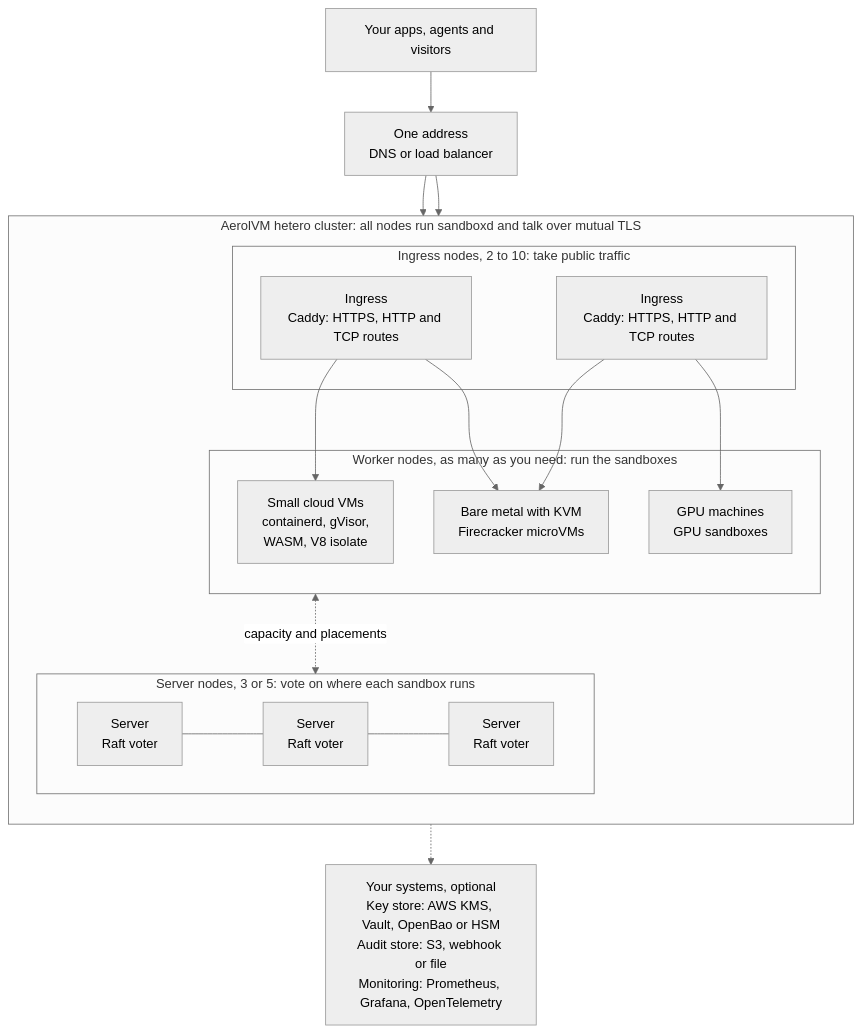
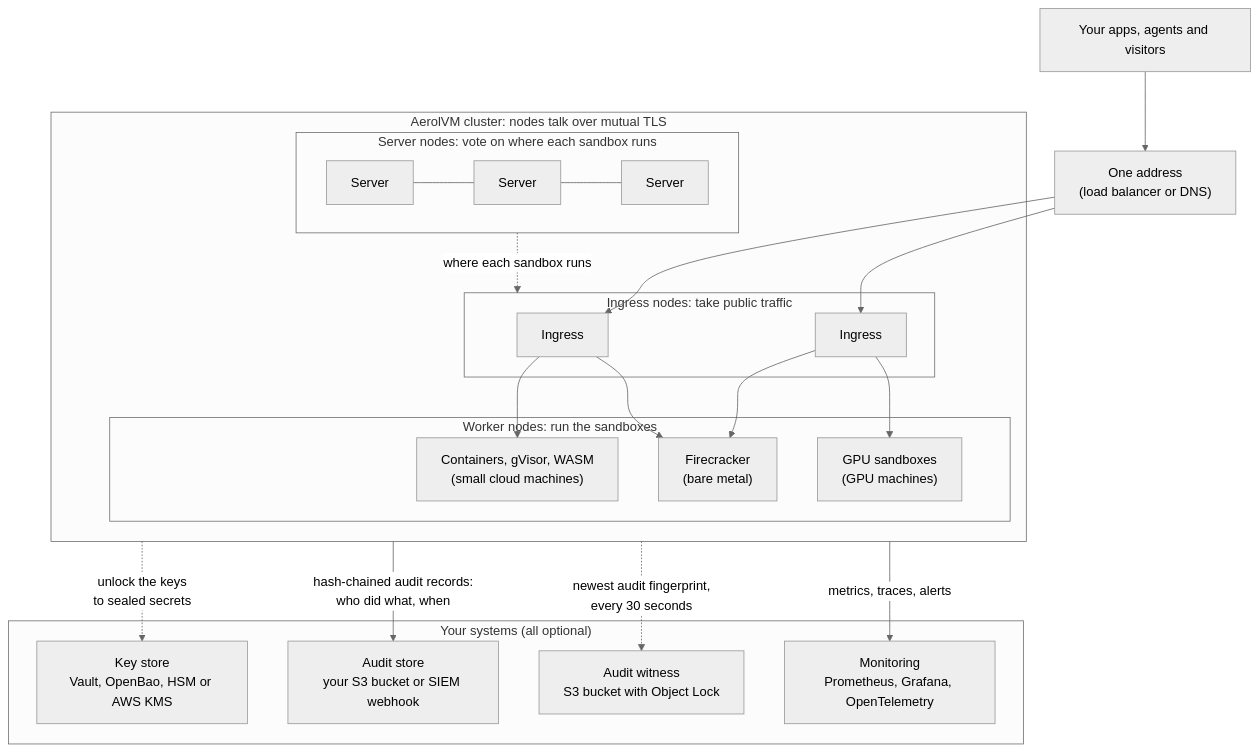
One commit to aerol-ai/microvm changed the diagram in README.md. Above: the diagram before and after it, drawn with Mermaid (neutral theme). The commit also changed other lines of this file, not shown here.

Commit message:
docs(readme): use the cluster-setup diagram, add secret keys and audit
The README architecture diagram packed all outside systems into one
crowded box. Use the hetero-cluster diagram from the Clusters page
instead, and give the key store, audit store, audit witness and
monitoring their own boxes, each with a labelled arrow.

Add short points on secret keys and audit under the diagram, with
links to the key custody, secrets provider and audit docs pages.

````diff
--- a/README.md
+++ b/README.md
@@ -71,30 +71,35 @@
 ```mermaid
 flowchart TB
-    Apps["Your apps, agents and visitors"] --> Entry["One address<br/>DNS or load balancer"]
-
-    subgraph Cluster["AerolVM hetero cluster: all nodes run sandboxd and talk over mutual TLS"]
-        direction TB
-        subgraph Ingress["Ingress nodes, 2 to 10: take public traffic"]
-            I1["Ingress<br/>Caddy: HTTPS, HTTP and TCP routes"]
-            I2["Ingress<br/>Caddy: HTTPS, HTTP and TCP routes"]
+    App["Your apps, agents and visitors"] --> Entry["One address<br/>(load balancer or DNS)"]
+    Entry --> I1
+    Entry --> I2
+    subgraph Cluster["AerolVM cluster: nodes talk over mutual TLS"]
+        subgraph Ingress["Ingress nodes: take public traffic"]
+            I1["Ingress"]
+            I2["Ingress"]
         end
-        subgraph Workers["Worker nodes, as many as you need: run the sandboxes"]
-            W1["Small cloud VMs<br/>containerd, gVisor,<br/>WASM, V8 isolate"]
-            W2["Bare metal with KVM<br/>Firecracker microVMs"]
-            W3["GPU machines<br/>GPU sandboxes"]
+        subgraph Workers["Worker nodes: run the sandboxes"]
+            W1["Containers, gVisor, WASM<br/>(small cloud machines)"]
+            W2["Firecracker<br/>(bare metal)"]
+            W3["GPU sandboxes<br/>(GPU machines)"]
         end
-        subgraph Servers["Server nodes, 3 or 5: vote on where each sandbox runs"]
-            S1["Server<br/>Raft voter"] --- S2["Server<br/>Raft voter"] --- S3["Server<br/>Raft voter"]
+        subgraph Servers["Server nodes: vote on where each sandbox runs"]
+            S1["Server"] --- S2["Server"] --- S3["Server"]
         end
     end
-
-    Entry --> I1
-    Entry --> I2
     I1 --> W1
     I1 --> W2
     I2 --> W2
     I2 --> W3
-    Workers <-. "capacity and placements" .-> Servers
-
-    Servers -.-> Yours["Your systems, optional<br/>Key store: AWS KMS, Vault, OpenBao or HSM<br/>Audit store: S3, webhook or file<br/>Monitoring: Prometheus, Grafana, OpenTelemetry"]
+    Servers -. "where each sandbox runs" .-> Ingress
+    subgraph Yours["Your systems (all optional)"]
+        Keys["Key store<br/>Vault, OpenBao, HSM or AWS KMS"]
+        Audit["Audit store<br/>your S3 bucket or SIEM webhook"]
+        Witness["Audit witness<br/>S3 bucket with Object Lock"]
+        Obs["Monitoring<br/>Prometheus, Grafana, OpenTelemetry"]
+    end
+    Cluster -. "unlock the keys<br/>to sealed secrets" .-> Keys
+    Cluster -- "hash-chained audit records:<br/>who did what, when" --> Audit
+    Cluster -. "newest audit fingerprint,<br/>every 30 seconds" .-> Witness
+    Cluster -- "metrics, traces, alerts" --> Obs
 ```
````
